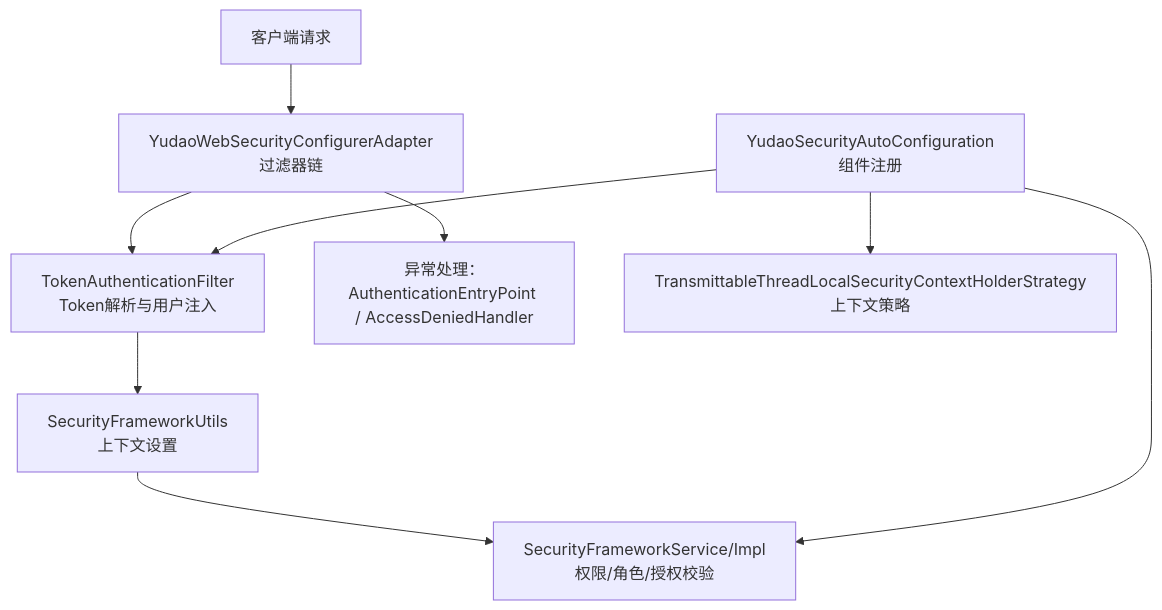
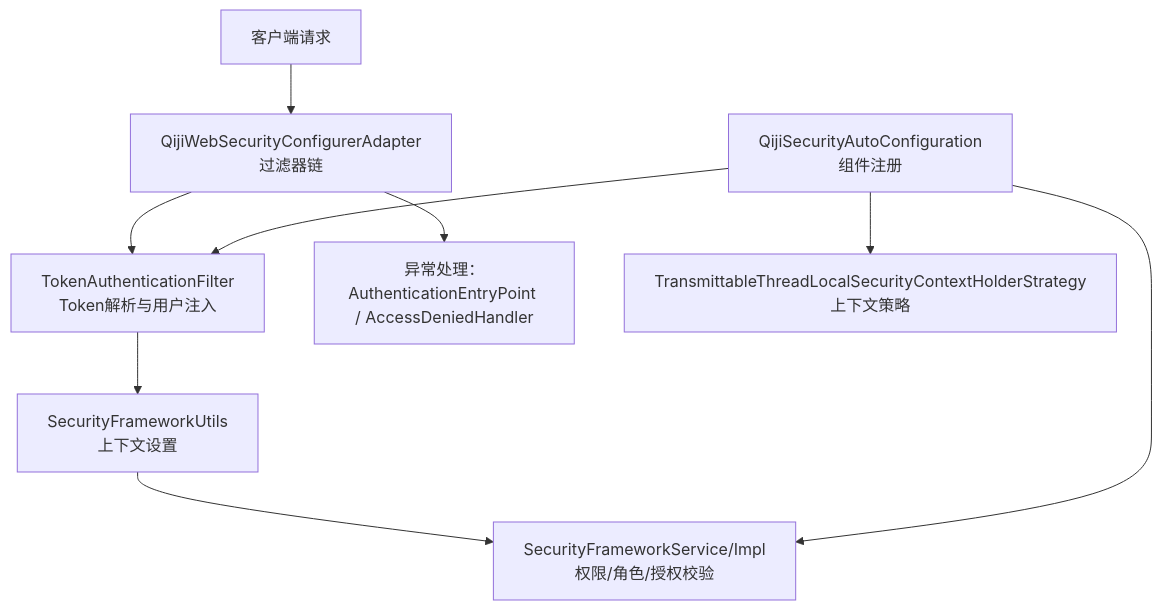
Before and after one commit to zhuangpengLI/AgenticCPS: the second of 7 diagrams in backend/.qoder/repowiki/zh/content/安全与权限/安全配置管理.md, drawn with Mermaid. The commit also changed other lines of this file and 3489 other files, not shown here.

````diff
--- a/backend/.qoder/repowiki/zh/content/安全与权限/安全配置管理.md
+++ b/backend/.qoder/repowiki/zh/content/安全与权限/安全配置管理.md
@@ -117,11 +117,11 @@
 ```mermaid
 graph TB
-A["客户端请求"] --> B["YudaoWebSecurityConfigurerAdapter<br/>过滤器链"]
+A["客户端请求"] --> B["QijiWebSecurityConfigurerAdapter<br/>过滤器链"]
 B --> C["TokenAuthenticationFilter<br/>Token解析与用户注入"]
 C --> D["SecurityFrameworkUtils<br/>上下文设置"]
 D --> E["SecurityFrameworkService/Impl<br/>权限/角色/授权校验"]
 B --> F["异常处理：AuthenticationEntryPoint / AccessDeniedHandler"]
-G["YudaoSecurityAutoConfiguration<br/>组件注册"] --> C
+G["QijiSecurityAutoConfiguration<br/>组件注册"] --> C
 G --> E
 G --> H["TransmittableThreadLocalSecurityContextHolderStrategy<br/>上下文策略"]
 ```
````
